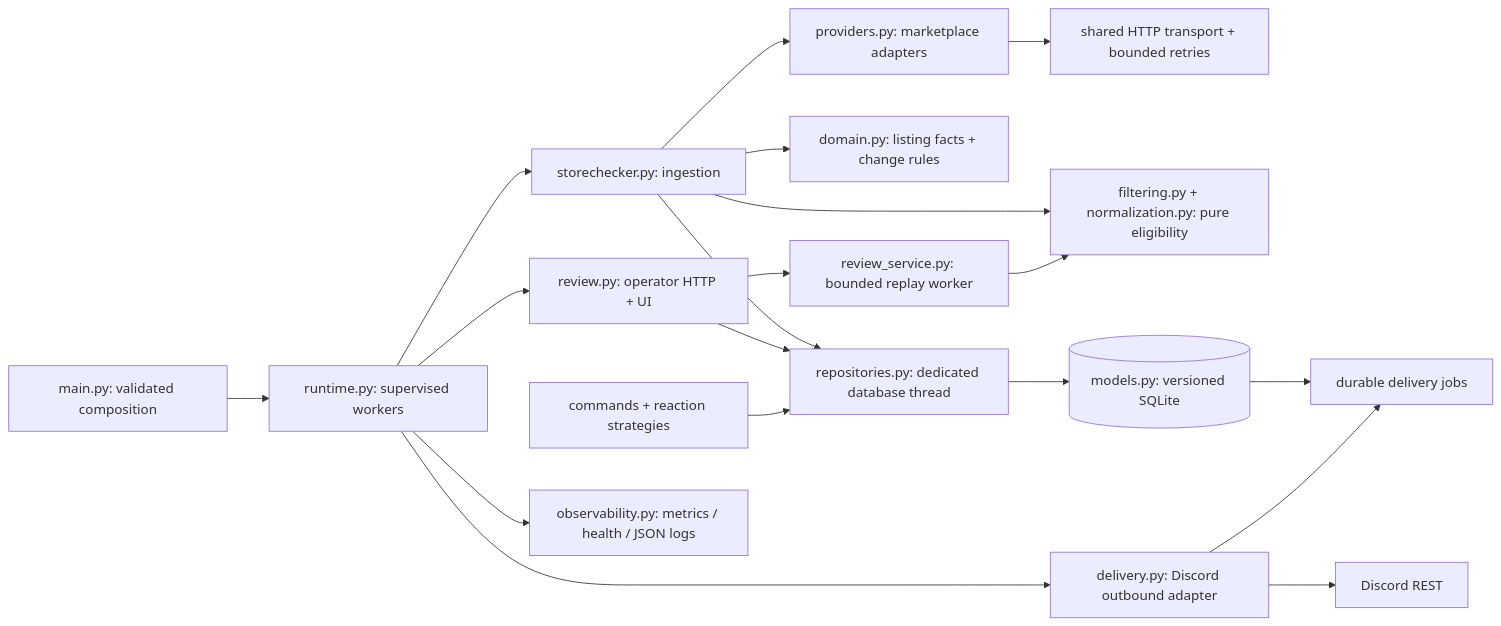
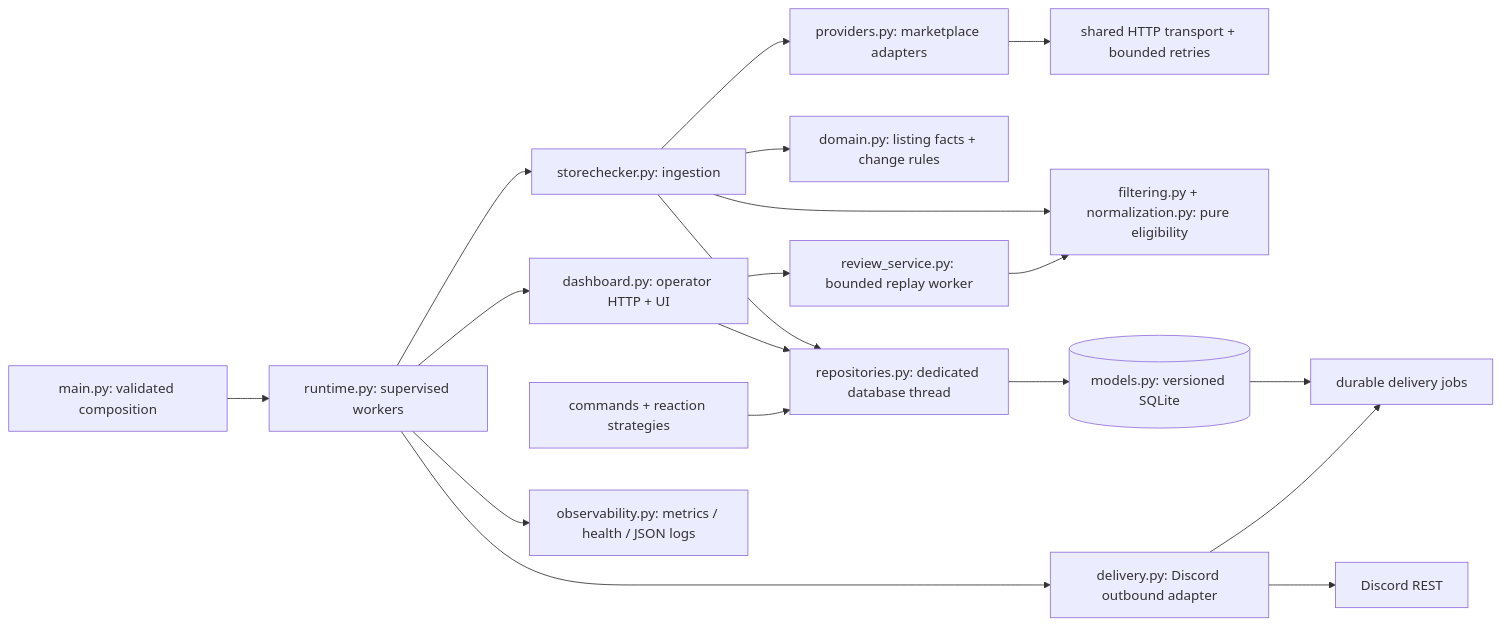
Before and after one commit to koenvdheuvel/yahoo-auction-alert-discord-bot: the first of 2 diagrams in docs/architecture.md, drawn with Mermaid. The commit also changed other lines of this file and 38 other files, not shown here.

````diff
--- a/docs/architecture.md
+++ b/docs/architecture.md
@@ -5,21 +5,21 @@
 ```mermaid
 flowchart LR
     Main["main.py: validated composition"] --> Runtime["runtime.py: supervised workers"]
     Runtime --> Ingestion["storechecker.py: ingestion"]
     Ingestion --> Providers["providers.py: marketplace adapters"]
     Providers --> HTTP["shared HTTP transport + bounded retries"]
     Ingestion --> Policy["filtering.py + normalization.py: pure eligibility"]
     Ingestion --> Changes["domain.py: listing facts + change rules"]
     Ingestion --> Repo["repositories.py: dedicated database thread"]
     Repo --> DB[("models.py: versioned SQLite")]
-    Runtime --> Review["review.py: operator HTTP + UI"]
-    Review --> Replay["review_service.py: bounded replay worker"]
+    Runtime --> Dashboard["dashboard.py: operator HTTP + UI"]
+    Dashboard --> Replay["review_service.py: bounded replay worker"]
     Replay --> Policy
-    Review --> Repo
+    Dashboard --> Repo
     DB --> Outbox["durable delivery jobs"]
     Runtime --> Delivery["delivery.py: Discord outbound adapter"]
     Delivery --> Outbox
     Delivery --> Discord["Discord REST"]
     Commands["commands + reaction strategies"] --> Repo
     Runtime --> Monitor["observability.py: metrics / health / JSON logs"]
 ```
````
